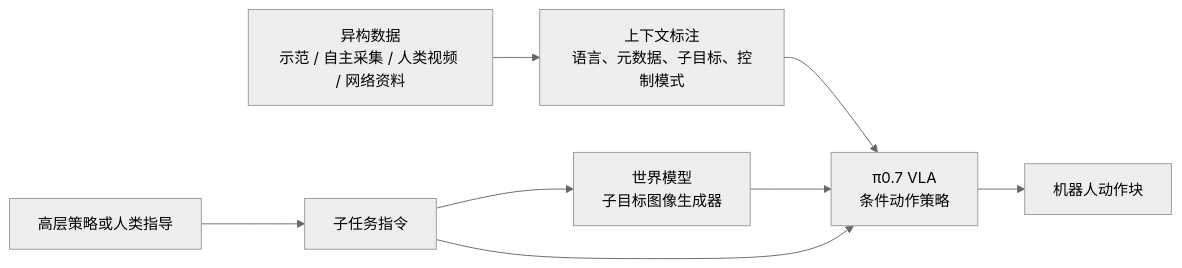
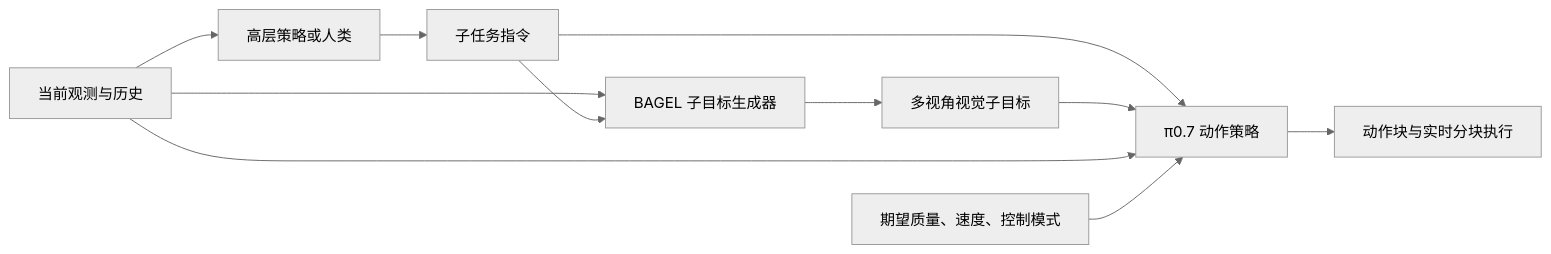
One commit to niuverse/llm-wiki changed the diagram in wiki/sources/pi07-steerable-generalist-robotic-foundation-model.md. Above: the diagram before and after it, drawn with Mermaid (neutral theme). The commit also changed other lines of this file and 317 other files, not shown here.

````diff
--- a/wiki/sources/pi07-steerable-generalist-robotic-foundation-model.md
+++ b/wiki/sources/pi07-steerable-generalist-robotic-foundation-model.md
@@ -44,10 +65,13 @@
 ```mermaid
 flowchart LR
-  A["异构数据<br/>示范 / 自主采集 / 人类视频 / 网络资料"] --> B["上下文标注<br/>语言、元数据、子目标、控制模式"]
-  B --> C["π0.7 VLA<br/>条件动作策略"]
-  D["高层策略或人类指导"] --> E["子任务指令"]
-  E --> F["世界模型<br/>子目标图像生成器"]
-  F --> C
-  E --> C
-  C --> G["机器人动作块"]
+  O["当前观测与历史"] --> H["高层策略或人类"]
+  H --> L["子任务指令"]
+  O --> W["BAGEL 子目标生成器"]
+  L --> W
+  W --> G["多视角视觉子目标"]
+  L --> P["π0.7 动作策略"]
+  G --> P
+  O --> P
+  M["期望质量、速度、控制模式"] --> P
+  P --> A["动作块与实时分块执行"]
 ```
````
